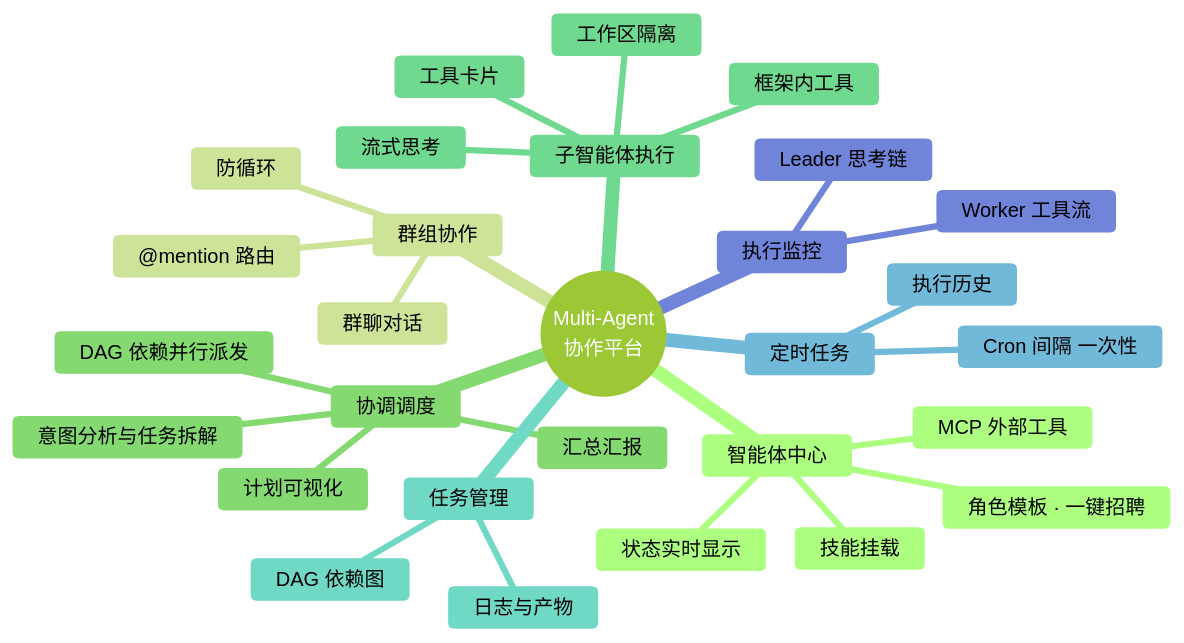
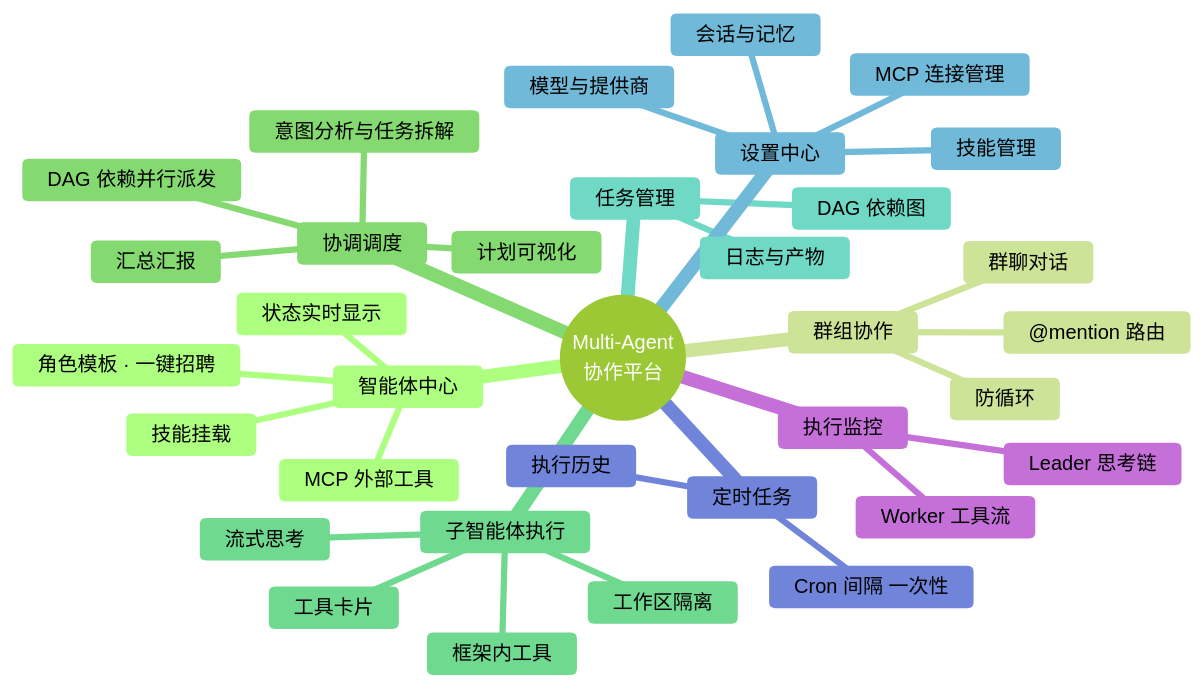
Before and after one commit to free-wyq/multi-Agent: the second of 3 diagrams in README.md, drawn with Mermaid (forest theme).

Commit message:
docs(README): 功能架构图补「设置中心」域——模型/技能/MCP/会话记忆
mindmap 漏画设置类功能。补「设置中心」分支，含模型与提供商、
技能管理、MCP 连接管理、会话与记忆，对应已实现的 /api/config
(CF-04/05)、reset-session、skills/mcp 管理端点。mmdc 校验通过。

````diff
--- a/README.md
+++ b/README.md
@@ -63,32 +63,37 @@
 ```mermaid
 mindmap
   root((Multi-Agent<br/>协作平台))
     智能体中心
       角色模板 · 一键招聘
       技能挂载
       MCP 外部工具
       状态实时显示
     群组协作
       群聊对话
       @mention 路由
       防循环
     协调调度
       意图分析与任务拆解
       DAG 依赖并行派发
       计划可视化
       汇总汇报
     子智能体执行
       框架内工具
       流式思考
       工具卡片
       工作区隔离
     任务管理
       DAG 依赖图
       日志与产物
+    设置中心
+      模型与提供商
+      技能管理
+      MCP 连接管理
+      会话与记忆
     定时任务
       Cron 间隔 一次性
       执行历史
     执行监控
       Leader 思考链
       Worker 工具流
 ```
````
